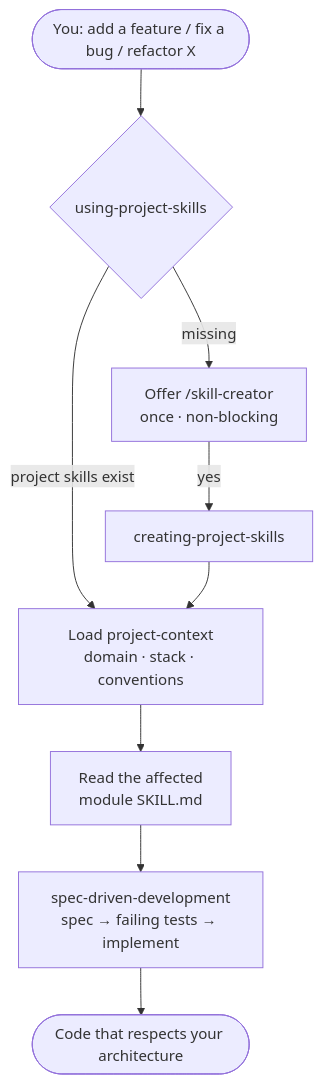
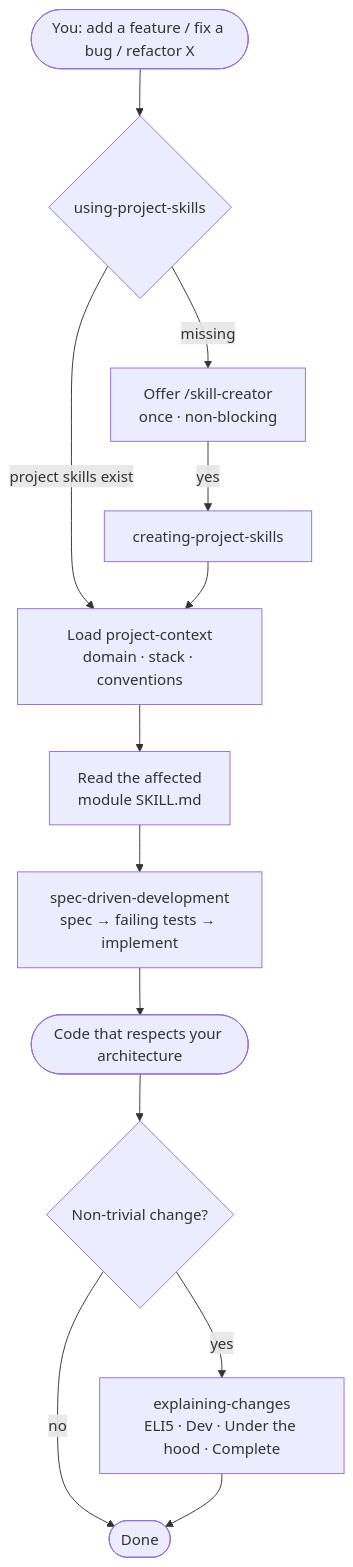
Before and after one commit to pedrocastanha/cast-skills: the second of 3 diagrams in README.md, drawn with Mermaid. The commit also changed other lines of this file and 3 other files, not shown here.

````diff
--- a/README.md
+++ b/README.md
@@ -95,11 +95,15 @@
 ```mermaid
 flowchart TD
     S(["You: add a feature / fix a bug / refactor X"]) --> T{"using-project-skills"}
     T -- "project skills exist" --> U["Load project-context<br/>domain · stack · conventions"]
     U --> V["Read the affected<br/>module SKILL.md"]
     V --> W["spec-driven-development<br/>spec → failing tests → implement"]
     T -- "missing" --> O["Offer /skill-creator<br/>once · non-blocking"]
     O -- "yes" --> G["creating-project-skills"]
     G --> U
     W --> Z(["Code that respects your architecture"])
+    Z --> EX{"Non-trivial change?"}
+    EX -- "yes" --> EXP["explaining-changes<br/>ELI5 · Dev · Under the hood · Complete"]
+    EX -- "no" --> DONE(["Done"])
+    EXP --> DONE
 ```
````
